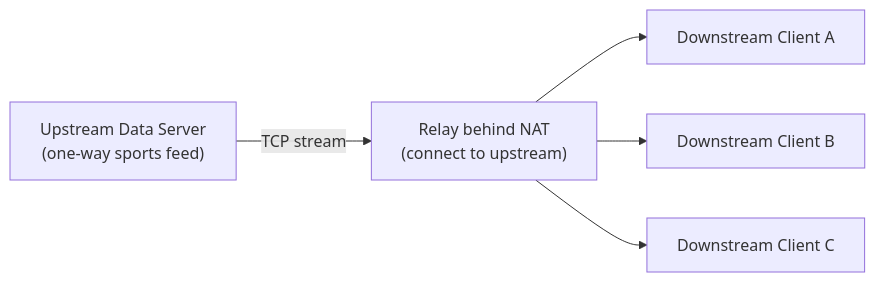
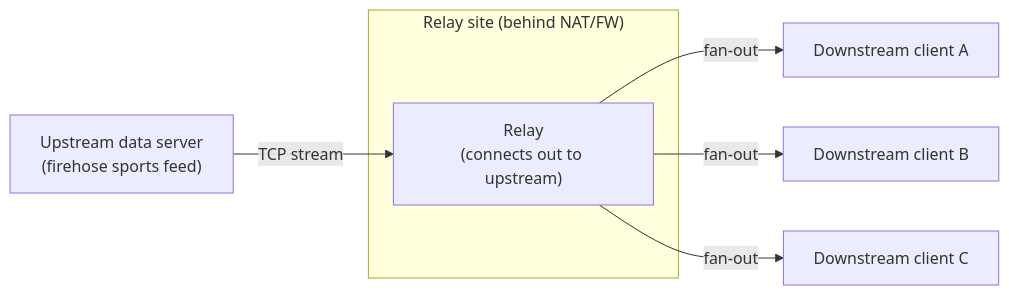
The first of 4 diagrams in README.md (tanaka-ryuya/TCPRelayServer), drawn with Mermaid before and after one commit. The commit also changed other lines of this file, not shown here.

````diff
--- a/README.md
+++ b/README.md
@@ -16,7 +16,10 @@
 ```mermaid
 flowchart LR
-    U["Upstream Data Server<br/>(one-way sports feed)"] -->|TCP stream| R["Relay behind NAT<br/>(connect to upstream)"]
-    R --> C1[Downstream Client A]
-    R --> C2[Downstream Client B]
-    R --> C3[Downstream Client C]
+    subgraph NAT["Relay site (behind NAT/FW)"]
+        R["Relay<br/>(connects out to upstream)"]
+    end
+    U["Upstream data server<br/>(firehose sports feed)"] -->|TCP stream| R
+    R -->|fan-out| C1["Downstream client A"]
+    R -->|fan-out| C2["Downstream client B"]
+    R -->|fan-out| C3["Downstream client C"]
 ```
````
